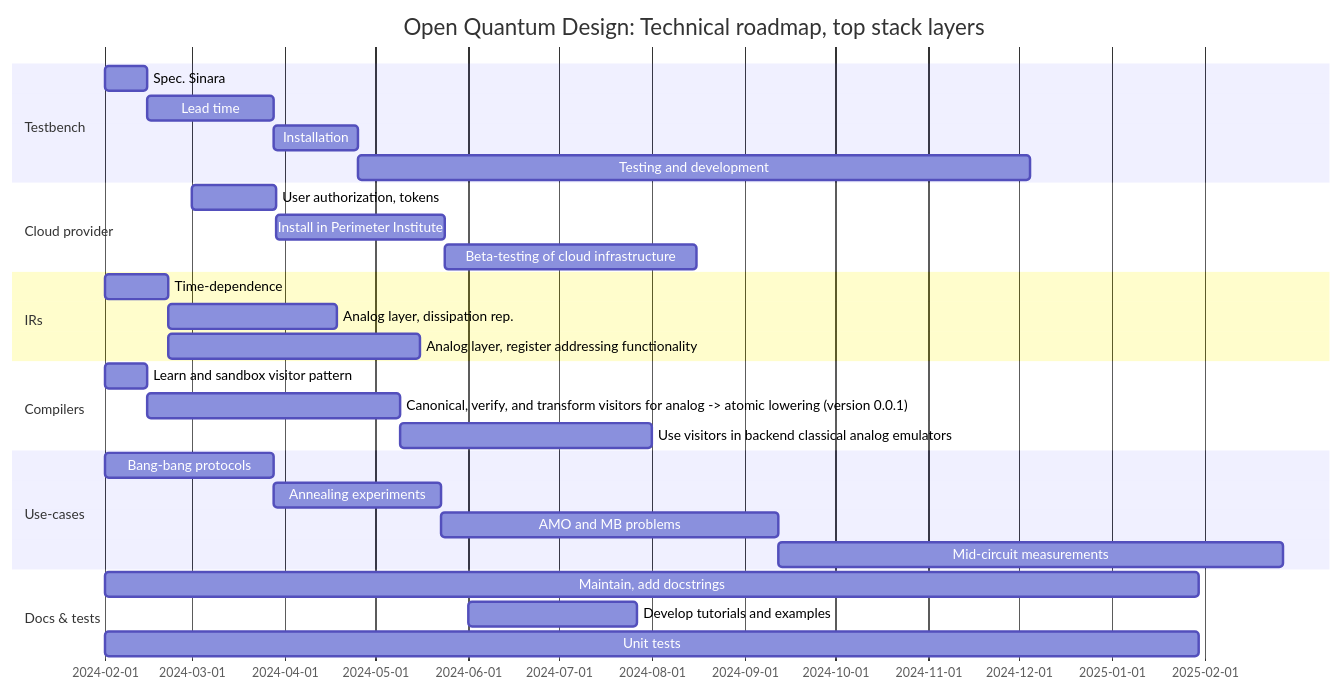
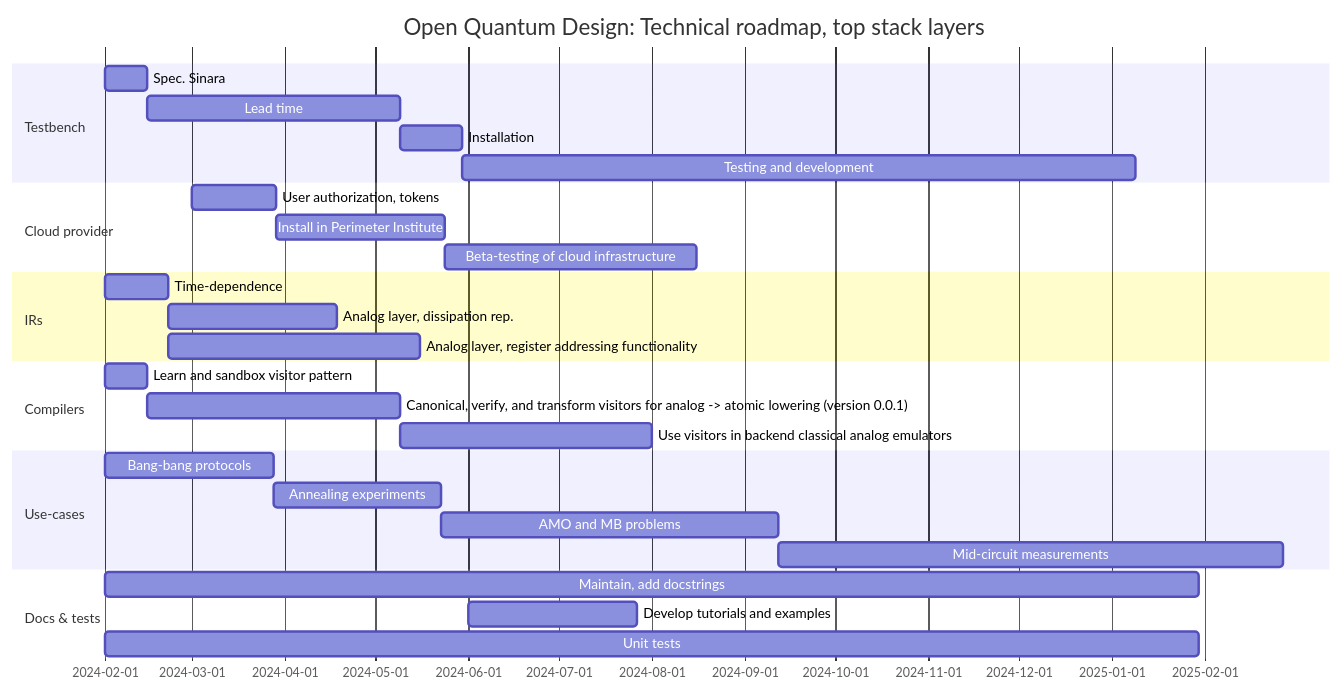
Before and after one commit to SeivenBell/oqd-core: the diagram in docs/roadmap.md, drawn with Mermaid.

Commit message:
Change lead-time for Sinara clone

````diff
--- a/docs/roadmap.md
+++ b/docs/roadmap.md
@@ -10,38 +10,38 @@
 ```mermaid
 gantt
     dateFormat  YYYY-MM
     title       Open Quantum Design: Technical roadmap, top stack layers
     %% (`excludes` accepts specific dates in YYYY-MM-DD format, days of the week ("sunday") or "weekends", but not the word "weekdays".)
 
     section Testbench
     Spec. Sinara                        :spec, 2024-02-01, 2w
-    Lead time                           :leadtime, after spec, 6w
-    Installation                        :install, after leadtime, 4w
+    Lead time                           :leadtime, after spec, 12w
+    Installation                        :install, after leadtime, 3w
     Testing and development             :after install, 32w
     
     section Cloud provider
     User authorization, tokens                              :auth, 2024-03-01, 4w
     Install in Perimeter Institute                          :installcloud, after auth, 8w
     Beta-testing of cloud infrastructure                    :testcloud, after installcloud, 12w
     
     section IRs
     Time-dependence                                         :timedep, 2024-02-01, 3w
     Analog layer, dissipation rep.                          :diss, after timedep, 8w
     Analog layer, register addressing functionality         :addr, after timedep, 12w
     
     section Compilers
     Learn and sandbox visitor pattern  :visitor, 2024-02-01, 2w
     Canonical, verify, and transform visitors for analog -> atomic lowering (version 0.0.1)      :canon, after visitor, 12w
     Use visitors in backend classical analog emulators             :em_visit, after canon, 12w 
     
     section Use-cases
     Bang-bang protocols    :qaoa, 2024-02-01, 8w
     Annealing experiments  :anneal, after qaoa, 8w
     AMO and MB problems    :amomb, after anneal, 16w
     Mid-circuit measurements   :mcm, after amomb, 24w
     
     section Docs & tests
     Maintain, add docstrings                       :2024-02-01, 52w
     Develop tutorials and examples                 :2024-06-01, 8w
     Unit tests                                     :2024-02-01, 52w
 ```
````
